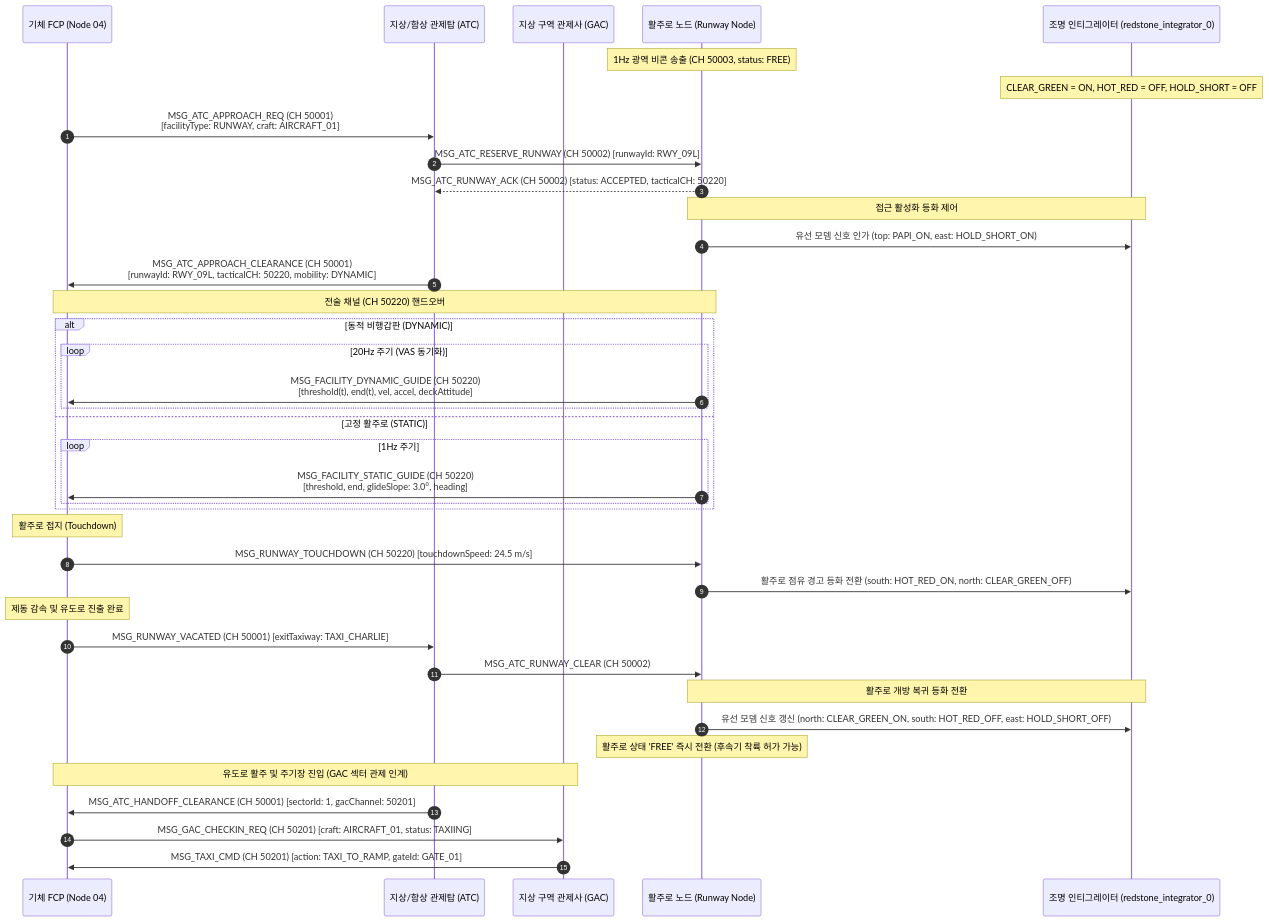
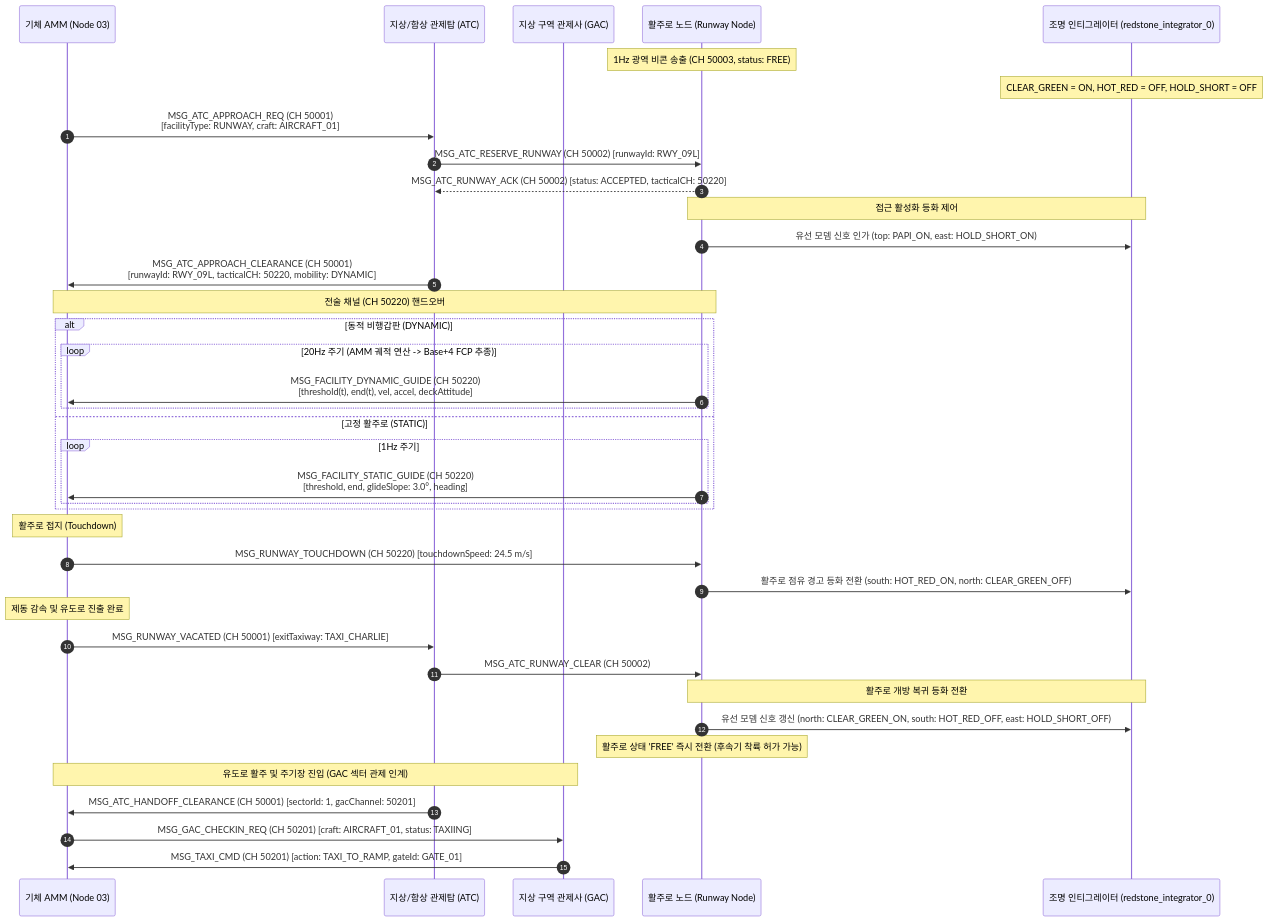
One commit to Polimachi/Aeroneutics_Autopilot changed the third of 3 diagrams in docs/specs/0_infra/runway/RUNWAY_SPECIFICATION_AND_ICD.md. Above: the diagram before and after it, drawn with Mermaid. The commit also changed other lines of this file and 18 other files, not shown here.

Commit message:
docs(specs): shrink FCP to SE(3) outer-loop and migrate gateway/nav/mission ownership to AMM (TASK-206)

````diff
--- a/docs/specs/0_infra/runway/RUNWAY_SPECIFICATION_AND_ICD.md
+++ b/docs/specs/0_infra/runway/RUNWAY_SPECIFICATION_AND_ICD.md
@@ -346,49 +348,49 @@
 ```mermaid
 sequenceDiagram
     autonumber
-    participant A as 기체 FCP (Node 04)
+    participant A as 기체 AMM (Node 03)
     participant C as 지상/함상 관제탑 (ATC)
     participant G as 지상 구역 관제사 (GAC)
     participant R as 활주로 노드 (Runway Node)
     participant L as 조명 인티그레이터 (redstone_integrator_0)
 
     Note over R: 1Hz 광역 비콘 송출 (CH 50003, status: FREE)
     Note over L: CLEAR_GREEN = ON, HOT_RED = OFF, HOLD_SHORT = OFF
     
     A->>C: MSG_ATC_APPROACH_REQ (CH 50001)<br/>[facilityType: RUNWAY, craft: AIRCRAFT_01]
     C->>R: MSG_ATC_RESERVE_RUNWAY (CH 50002) [runwayId: RWY_09L]
     R-->>C: MSG_ATC_RUNWAY_ACK (CH 50002) [status: ACCEPTED, tacticalCH: 50220]
     
     Note over R,L: 접근 활성화 등화 제어
     R->>L: 유선 모뎀 신호 인가 (top: PAPI_ON, east: HOLD_SHORT_ON)
     
     C->>A: MSG_ATC_APPROACH_CLEARANCE (CH 50001)<br/>[runwayId: RWY_09L, tacticalCH: 50220, mobility: DYNAMIC]
 
     Note over A,R: 전술 채널 (CH 50220) 핸드오버
     alt 동적 비행갑판 (DYNAMIC)
-        loop 20Hz 주기 (VAS 동기화)
+        loop 20Hz 주기 (AMM 궤적 연산 -> Base+4 FCP 추종)
             R->>A: MSG_FACILITY_DYNAMIC_GUIDE (CH 50220)<br/>[threshold(t), end(t), vel, accel, deckAttitude]
         end
     else 고정 활주로 (STATIC)
         loop 1Hz 주기
             R->>A: MSG_FACILITY_STATIC_GUIDE (CH 50220)<br/>[threshold, end, glideSlope: 3.0°, heading]
         end
     end
 
     Note over A: 활주로 접지 (Touchdown)
     A->>R: MSG_RUNWAY_TOUCHDOWN (CH 50220) [touchdownSpeed: 24.5 m/s]
     R->>L: 활주로 점유 경고 등화 전환 (south: HOT_RED_ON, north: CLEAR_GREEN_OFF)
     
     Note over A: 제동 감속 및 유도로 진출 완료
     A->>C: MSG_RUNWAY_VACATED (CH 50001) [exitTaxiway: TAXI_CHARLIE]
     C->>R: MSG_ATC_RUNWAY_CLEAR (CH 50002)
     
     Note over R,L: 활주로 개방 복귀 등화 전환
     R->>L: 유선 모뎀 신호 갱신 (north: CLEAR_GREEN_ON, south: HOT_RED_OFF, east: HOLD_SHORT_OFF)
     Note over R: 활주로 상태 'FREE' 즉시 전환 (후속기 착륙 허가 가능)
     
     Note over A,G: 유도로 활주 및 주기장 진입 (GAC 섹터 관제 인계)
     C->>A: MSG_ATC_HANDOFF_CLEARANCE (CH 50001) [sectorId: 1, gacChannel: 50201]
     A->>G: MSG_GAC_CHECKIN_REQ (CH 50201) [craft: AIRCRAFT_01, status: TAXIING]
     G->>A: MSG_TAXI_CMD (CH 50201) [action: TAXI_TO_RAMP, gateId: GATE_01]
 ```
````
